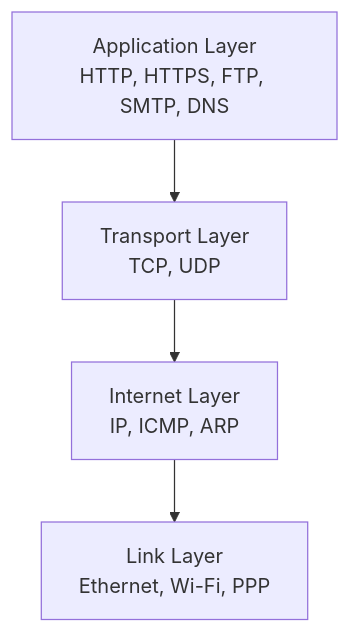
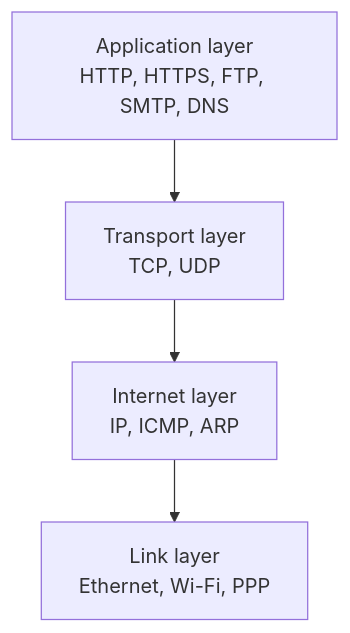
Before and after one commit to mohllal/system-design-interview-prep: the first of 3 diagrams in fundamentals/02-network-protocols.md, drawn with Mermaid. The commit also changed other lines of this file and 35 other files, not shown here.

````diff
--- a/fundamentals/02-network-protocols.md
+++ b/fundamentals/02-network-protocols.md
@@ -24,6 +27,6 @@
 ```mermaid
 graph TD
-    A[Application Layer<br/>HTTP, HTTPS, FTP, SMTP, DNS] --> B[Transport Layer<br/>TCP, UDP]
-    B --> C[Internet Layer<br/>IP, ICMP, ARP]
-    C --> D[Link Layer<br/>Ethernet, Wi-Fi, PPP]
+    A[Application layer<br/>HTTP, HTTPS, FTP, SMTP, DNS] --> B[Transport layer<br/>TCP, UDP]
+    B --> C[Internet layer<br/>IP, ICMP, ARP]
+    C --> D[Link layer<br/>Ethernet, Wi-Fi, PPP]
 ```
````
